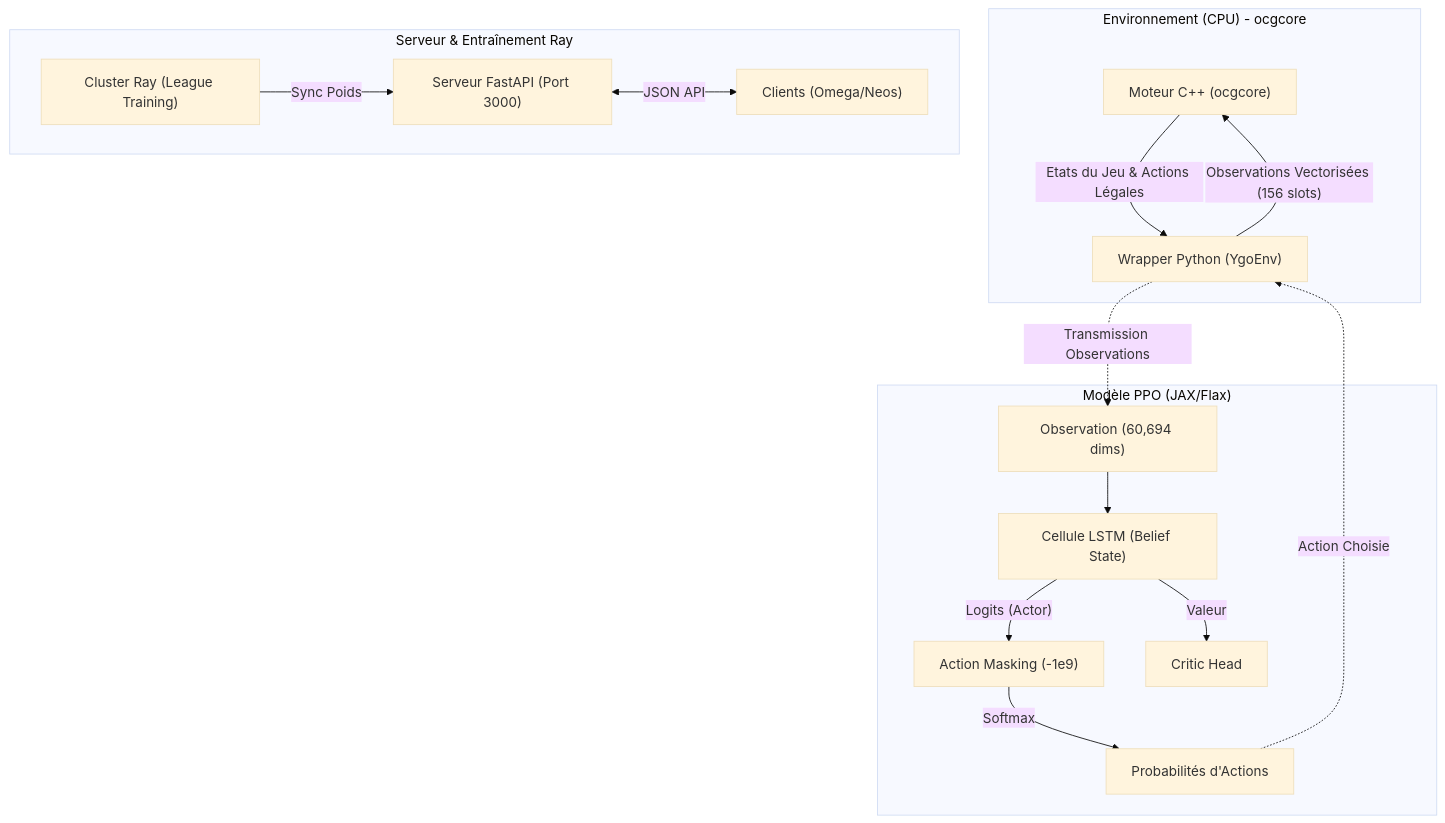
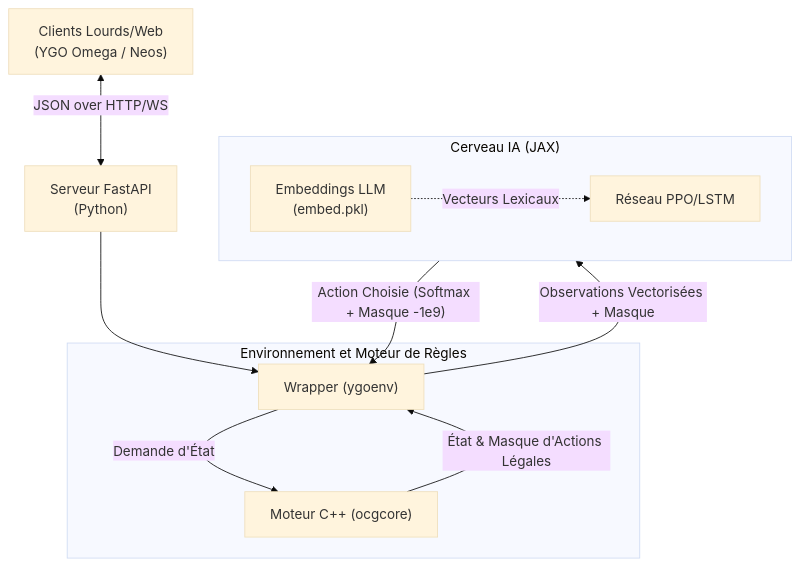
Before and after one commit to Kevzi/YGO-BOT: the first of 2 diagrams in README.md, drawn with Mermaid (base theme). The commit also changed other lines of this file and 2 other files, not shown here.

Commit message:
docs(TRC): Add architecture diagrams and initial metrics plot

````diff
--- a/README.md
+++ b/README.md
@@ -28,34 +30,24 @@
 ```mermaid
 graph TD
-    %% Moteur et Environnement
-    subgraph Environnement ["Environnement (CPU) - ocgcore"]
+    %% Moteur et Inférence
+    Client["Clients Lourds/Web<br>(YGO Omega / Neos)"]
+    API["Serveur FastAPI<br>(Python)"]
+    
+    subgraph Core ["Environnement et Moteur de Règles"]
+        YGO["Wrapper (ygoenv)"]
         CPP["Moteur C++ (ocgcore)"]
-        YGO["Wrapper Python (YgoEnv)"]
-        CPP -->|"Etats du Jeu & Actions Légales"| YGO
-        YGO -->|"Observations Vectorisées (156 slots)"| CPP
+        YGO -- "Demande d'État" --> CPP
+        CPP -- "État & Masque d'Actions Légales" --> YGO
     end
 
-    %% Réseau de Neurones
-    subgraph Modele ["Modèle PPO (JAX/Flax)"]
-        OBS["Observation (60,694 dims)"]
-        LSTM["Cellule LSTM (Belief State)"]
-        MASK["Action Masking (-1e9)"]
-        
-        OBS --> LSTM
-        LSTM -->|"Logits (Actor)"| MASK
-        MASK -->|"Softmax"| PROBS["Probabilités d'Actions"]
-        LSTM -->|"Valeur"| CRITIC["Critic Head"]
+    subgraph Cerveau ["Cerveau IA (JAX)"]
+        LLM["Embeddings LLM<br>(embed.pkl)"]
+        JAX["Réseau PPO/LSTM"]
+        LLM -. "Vecteurs Lexicaux" .-> JAX
     end
 
-    %% Inférence & Entraînement
-    subgraph Inférence ["Serveur & Entraînement Ray"]
-        API["Serveur FastAPI (Port 3000)"]
-        RAY["Cluster Ray (League Training)"]
-        
-        API <-->|"JSON API"| Client["Clients (Omega/Neos)"]
-        RAY -->|"Sync Poids"| API
-    end
-
-    YGO -.->|"Transmission Observations"| OBS
-    PROBS -.->|"Action Choisie"| YGO
+    Client <-->|"JSON over HTTP/WS"| API
+    API --> YGO
+    YGO -->|"Observations Vectorisées + Masque"| Cerveau
+    Cerveau -->|"Action Choisie (Softmax + Masque -1e9)"| YGO
 ```
````
